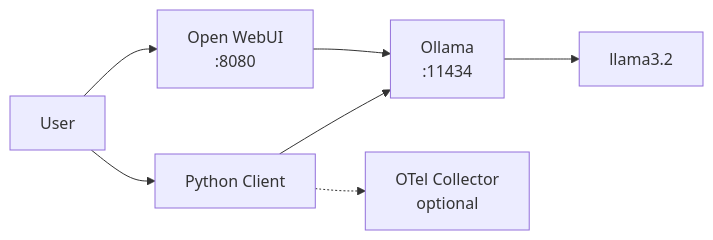
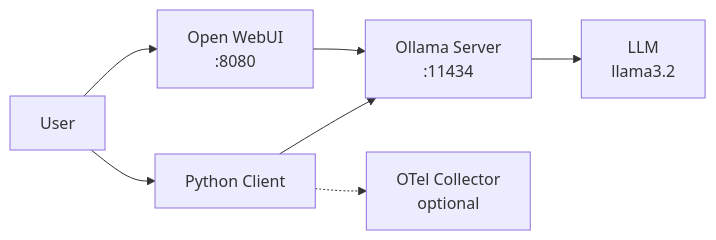
One commit to kylehounslow/ollama-docker-compose changed the diagram in README.md. Above: the diagram before and after it, drawn with Mermaid.

````diff
--- a/README.md
+++ b/README.md
@@ -5,9 +5,9 @@
 ```mermaid
 graph LR
     A[User] --> B[Open WebUI<br/>:8080]
     A --> C[Python Client]
-    B --> D[Ollama<br/>:11434]
+    B --> D[Ollama Server<br/>:11434]
     C --> D
-    D --> E[llama3.2]
+    D --> E[LLM<br/>llama3.2]
     C -.-> F[OTel Collector<br/>optional]
 ```
````
